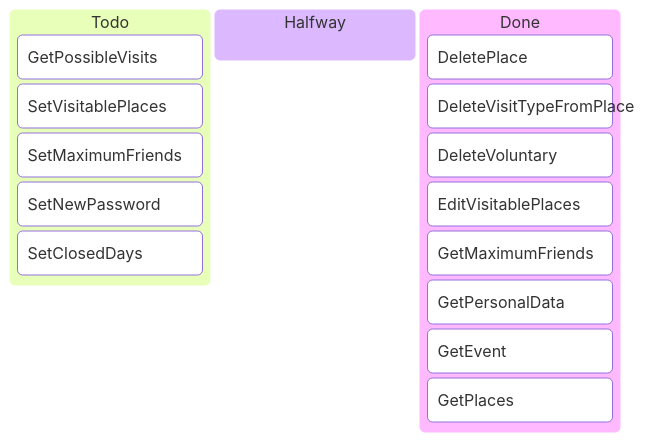
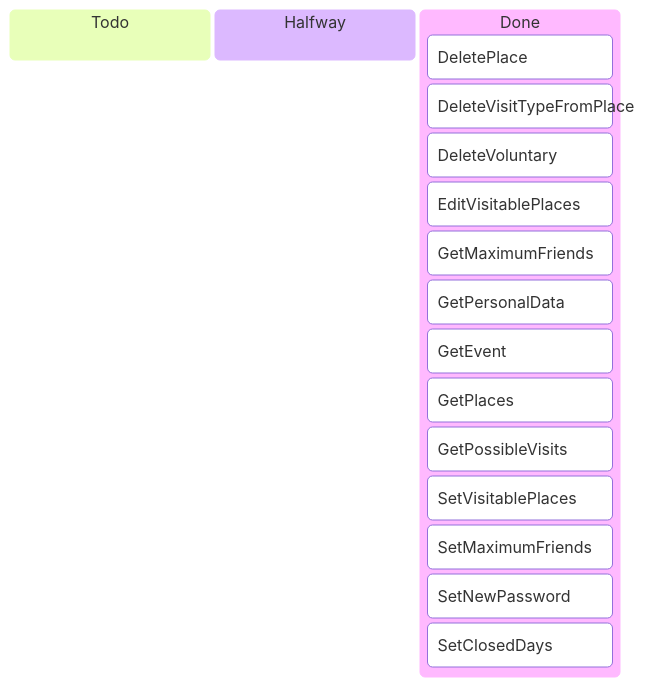
Before and after one commit to MesserLancillotto/ProgettoApollo: the first of 2 diagrams in TODO.md, drawn with Mermaid. The commit also changed other lines of this file and 13 other files, not shown here.

````diff
--- a/TODO.md
+++ b/TODO.md
@@ -3,20 +3,21 @@
 ```mermaid
 kanban
   todo[Todo]
-    GetPossibleVisits
-    SetVisitablePlaces
-    SetMaximumFriends
-    SetNewPassword
-    SetClosedDays
+
   halfway[Halfway]
 
   done[Done]
     DeletePlace 
     DeleteVisitTypeFromPlace
     DeleteVoluntary 
     EditVisitablePlaces
     GetMaximumFriends
     GetPersonalData 
     GetEvent
     GetPlaces
+    GetPossibleVisits
+    SetVisitablePlaces
+    SetMaximumFriends
+    SetNewPassword
+    SetClosedDays
 ```
````
